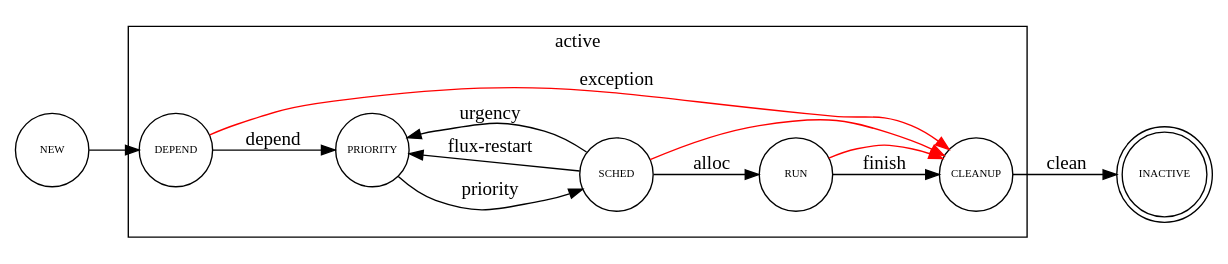
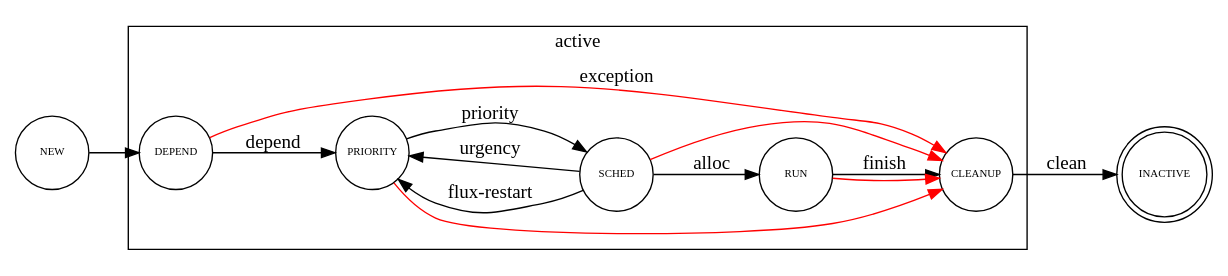
Before and after one commit to flux-framework/rfc: the diagram in data/spec_21/states.dot, drawn with Graphviz.

Commit message:
rfc21: add missing exception edge to diagram
Problem: state machine diagram omits an exception edge
for PRIORITY->CLEANUP.

Add missing edge.

```diff
--- a/data/spec_21/states.dot
+++ b/data/spec_21/states.dot
@@ -1,34 +1,35 @@
 digraph states {
     rankdir=LR
 
 #size="8,5"
 
     node [shape=doublecircle fontsize=8 fixsize=shape width=0.75]; INACTIVE
 
     node [shape=circle fontsize=8 fixedsize=shape width=0.75];
 
     subgraph cluster_main {
         label = "active";
         DEPEND;
         PRIORITY;
         SCHED;
         RUN;
         CLEANUP;
     }
 
     NEW -> DEPEND;
     DEPEND -> PRIORITY [label="depend"];
     PRIORITY -> SCHED [label="priority"];
     SCHED -> RUN [label="alloc"];
     RUN -> CLEANUP [label="finish"];
     CLEANUP -> INACTIVE [label="clean"];
 
     SCHED -> PRIORITY [label="flux-restart"]
     SCHED -> PRIORITY [label="urgency"]
 
     edge [weight=0 color="red"];
 
     DEPEND -> CLEANUP [label="exception"];
+    PRIORITY -> CLEANUP;
     SCHED -> CLEANUP;
     RUN -> CLEANUP;
 }
```
